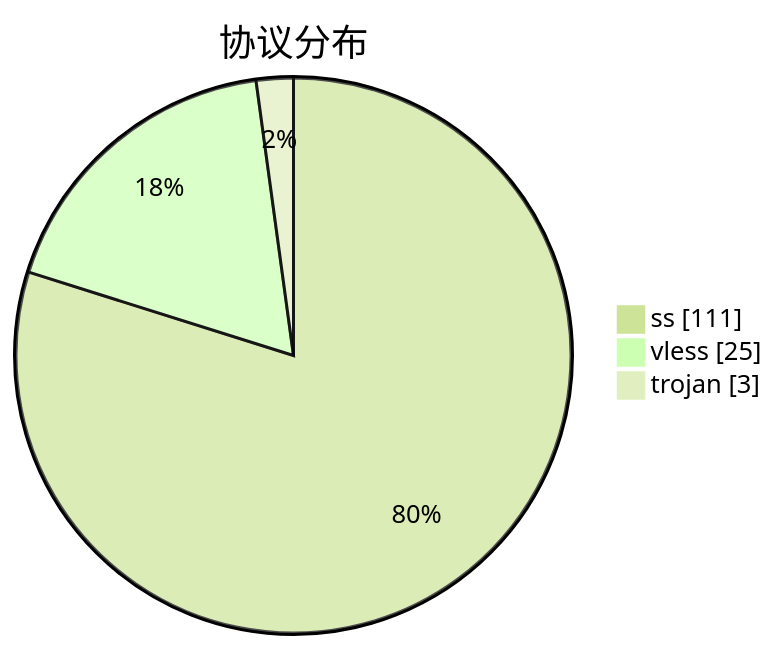
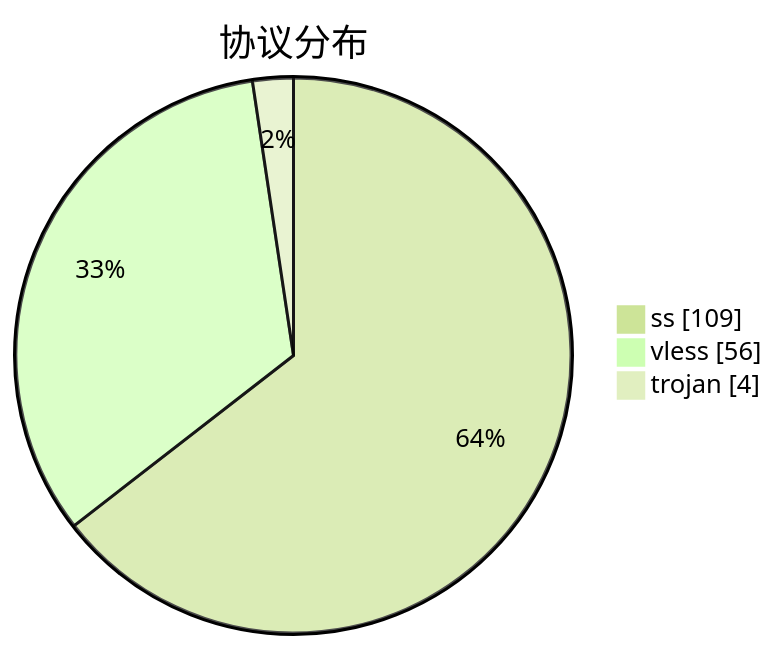
Before and after one commit to qjlxg/airport: the third of 3 diagrams in subs/statistics/tested_within.md, drawn with Mermaid (forest theme). The commit also changed other lines of this file and 2 other files, not shown here.

````diff
--- a/subs/statistics/tested_within.md
+++ b/subs/statistics/tested_within.md
@@ -30,7 +30,7 @@
 ```mermaid
 pie showData
 title 协议分布
-"ss" : 111
-"vless" : 25
-"trojan" : 3
+"ss" : 109
+"vless" : 56
+"trojan" : 4
 ```
````
